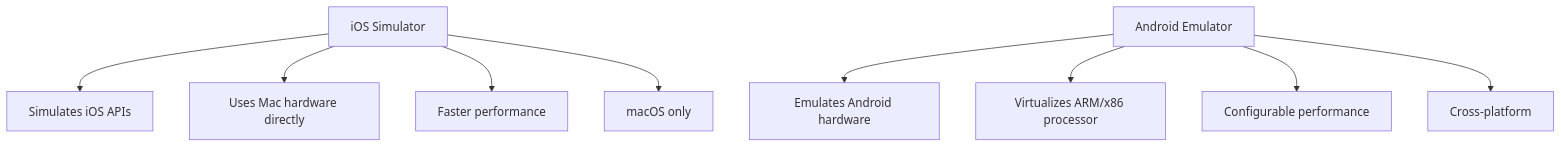
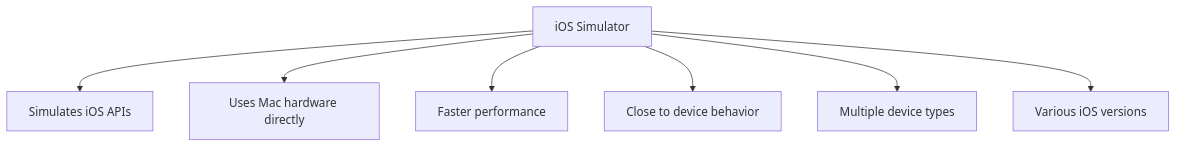
One commit to nickPattLB303/react-native-examples changed the first of 2 diagrams in modules/module-03-react-native-environment-with-expo/section-05-running-on-the-ios-simulator.md. Above: the diagram before and after it, drawn with Mermaid. The commit also changed other lines of this file and 8 other files, not shown here.

````diff
--- a/modules/module-03-react-native-environment-with-expo/section-05-running-on-the-ios-simulator.md
+++ b/modules/module-03-react-native-environment-with-expo/section-05-running-on-the-ios-simulator.md
@@ -21,12 +20,9 @@
 ```mermaid
 graph TD
     A[iOS Simulator] --> B[Simulates iOS APIs]
     A --> C[Uses Mac hardware directly]
     A --> D[Faster performance]
-    A --> E[macOS only]
-
-    F[Android Emulator] --> G[Emulates Android hardware]
-    F --> H[Virtualizes ARM/x86 processor]
-    F --> I[Configurable performance]
-    F --> J[Cross-platform]
+    A --> E[Close to device behavior]
+    A --> F[Multiple device types]
+    A --> G[Various iOS versions]
 ```
````
